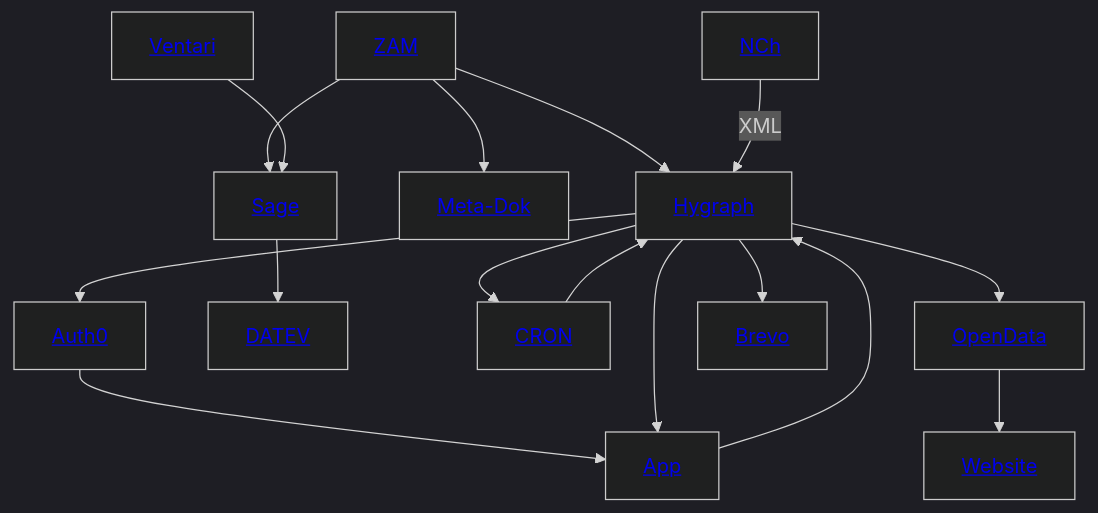
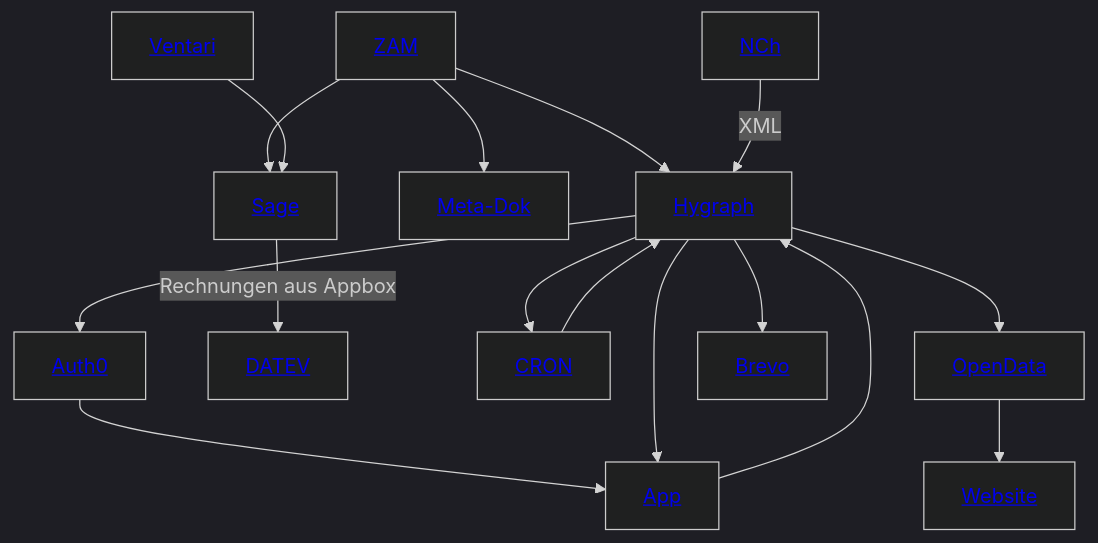
Before and after one commit to GDCh-de/docs: the diagram in infrastructure.md, drawn with Mermaid (dark theme).

````diff
--- a/infrastructure.md
+++ b/infrastructure.md
@@ -3,11 +3,11 @@
 ```mermaid
 graph TD;
   Hygraph[<a href='/GDCh-de/docs/blob/main/hygraph.md'>Hygraph</a>] --> Auth0[<a href='/GDCh-de/docs/blob/main/Auth0.md'>Auth0</a>] --> App[<a href='/GDCh-de/docs/blob/main/App.md'>App</a>] --> Hygraph --> App;
   ZAM[<a href='/GDCh-de/docs/blob/main/ZAM.md'>ZAM</a>] --> Meta-Dok[<a href='/GDCh-de/docs/blob/main/Meta-Dok.md'>Meta-Dok</a>];
-  ZAM --> Sage[<a href='/GDCh-de/docs/blob/main/Sage.md'>Sage</a>] --> DATEV[<a href='/GDCh-de/docs/blob/main/DATEV.md'>DATEV</a>];
+  ZAM --> Sage[<a href='/GDCh-de/docs/blob/main/Sage.md'>Sage</a>] --> |Rechnungen aus Appbox| DATEV[<a href='/GDCh-de/docs/blob/main/DATEV.md'>DATEV</a>];
   Ventari[<a href='/GDCh-de/docs/blob/main/Ventari.md'>Ventari</a>] --> Sage;
   Hygraph --> Cron[<a href='/GDCh-de/docs/blob/main/CRON.md'>CRON</a>] --> Hygraph;
   ZAM --> Hygraph;
   Hygraph --> OpenData[<a href='/GDCh-de/docs/blob/main/OpenData.md'>OpenData</a>] --> Website[<a href='/GDCh-de/docs/blob/main/Website.md'>Website</a>];
-  NCh[<a href='/GDCh-de/docs/blob/main/NCh.md'>NCh</a>] -->|XML| Hygraph --> Brevo[<a href='/GDCh-de/docs/blob/main/Brevo.md'>Brevo</a>]
+  NCh[<a href='/GDCh-de/docs/blob/main/NCh.md'>NCh</a>] --> |XML| Hygraph --> Brevo[<a href='/GDCh-de/docs/blob/main/Brevo.md'>Brevo</a>]
 ```
````
